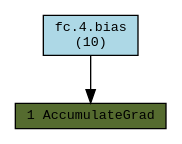
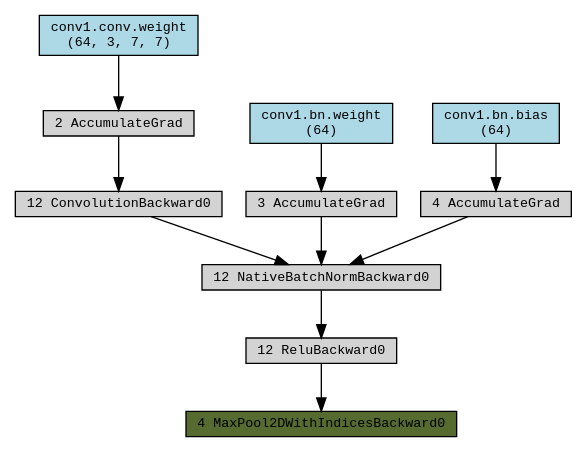
Before and after one commit to Rookie-SY/Static-Analysis-2022-Spring: the diagram in staticApp/tmpFile/tmpFileForDot.dot, drawn with Graphviz. The commit also changed 11 other files, not shown here.

```diff
--- a/staticApp/tmpFile/tmpFileForDot.dot
+++ b/staticApp/tmpFile/tmpFileForDot.dot
@@ -1,8 +1,26 @@
 digraph {
-    	graph [size = "12,12"]
+    	graph [size = "183.0,183.0"]
 	node [align=left fontname=monospace fontsize=10 height=0.2 ranksep=0.1 shape=box style=filled]
- 	140085234427792 [label="1 AccumulateGrad" fillcolor=darkolivegreen]
-	140085205779776 [label="fc.4.bias
- (10)" fillcolor=lightblue]
-	140085205779776 -> 140085234427792
+ 	140092438450336 [label="4 MaxPool2DWithIndicesBackward0" fillcolor=darkolivegreen]
+	140092438450480 [label="12 ReluBackward0"]
+	140092438450528 [label="12 NativeBatchNormBackward0"]
+	140092438450672 [label="12 ConvolutionBackward0"]
+	140092438450624 [label="3 AccumulateGrad"]
+	140092438450768 [label="4 AccumulateGrad"]
+	140092438450960 [label="2 AccumulateGrad"]
+	140092443143040 [label="conv1.bn.weight
+ (64)" fillcolor=lightblue]
+	140092443143120 [label="conv1.bn.bias
+ (64)" fillcolor=lightblue]
+	140092575760272 [label="conv1.conv.weight
+ (64, 3, 7, 7)" fillcolor=lightblue]
+	140092438450480 -> 140092438450336
+	140092438450528 -> 140092438450480
+	140092438450672 -> 140092438450528
+	140092438450624 -> 140092438450528
+	140092438450768 -> 140092438450528
+	140092438450960 -> 140092438450672
+	140092443143040 -> 140092438450624
+	140092443143120 -> 140092438450768
+	140092575760272 -> 140092438450960
 }
```
